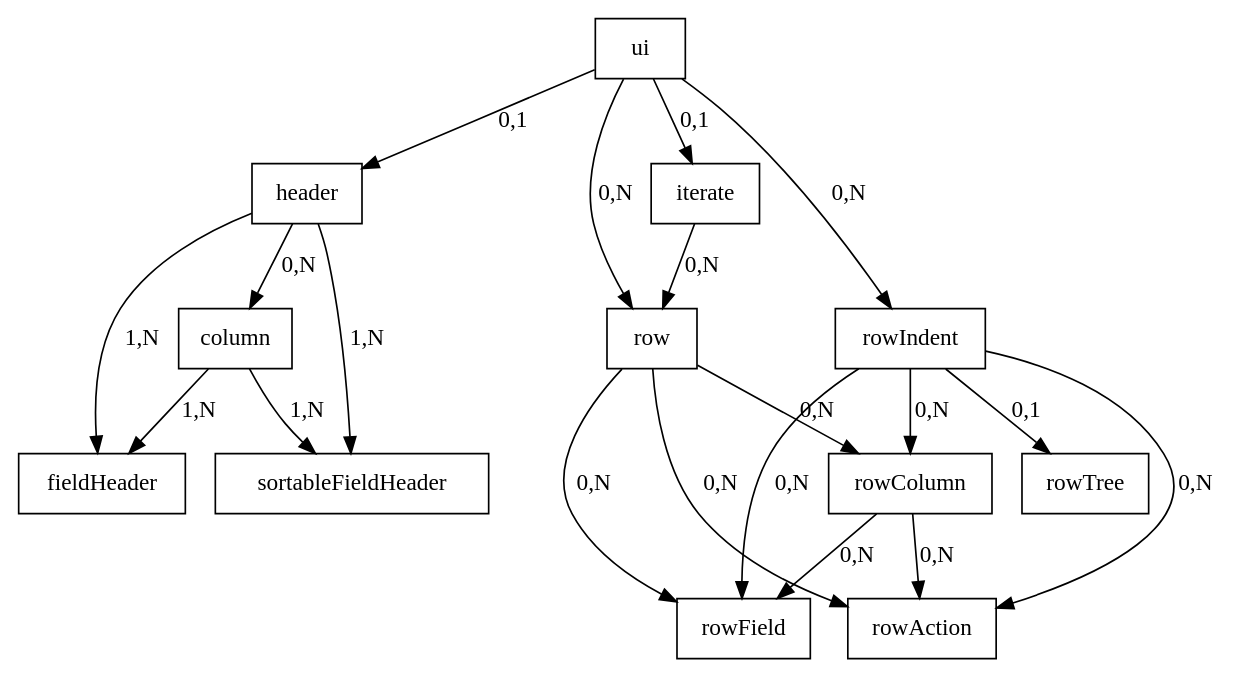
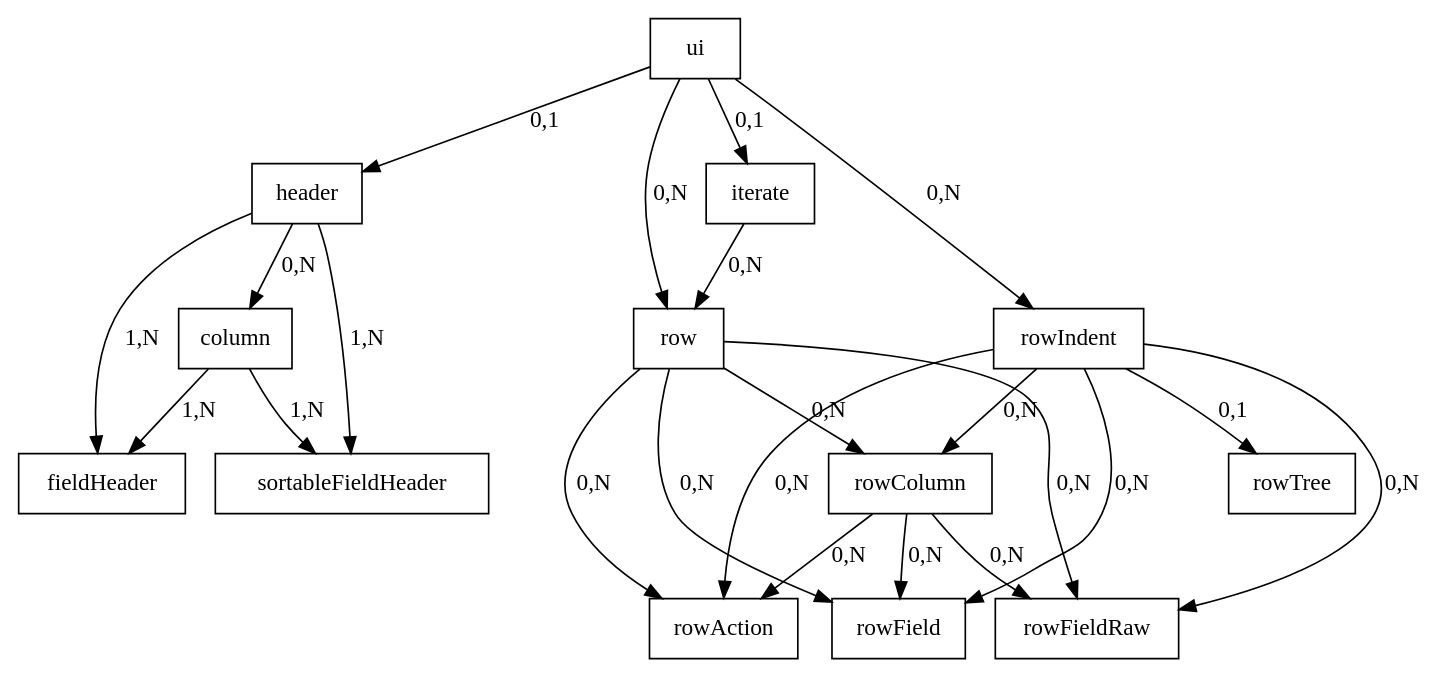
The diagram in asciidoc/doc/DSLs/filter-table-dsl-fr.adoc (Taack/taack-website-content), drawn with Graphviz before and after one commit. The commit also changed other lines of this file and 7 other files, not shown here.

```diff
--- a/asciidoc/doc/DSLs/filter-table-dsl-fr.adoc
+++ b/asciidoc/doc/DSLs/filter-table-dsl-fr.adoc
@@ -216,15 +216,15 @@
 [graphviz,format="svg",align=center]
 ----
 digraph mygraph {
   node [shape=box];
   ui
   ui -> header, iterate [label = "0,1"]
   iterate -> row [label = "0,N"]
   ui -> row,rowIndent [label = "0,N"]
   header -> column [label = "0,N"]
   column, header -> fieldHeader, sortableFieldHeader [label = "1,N"]
   row,rowIndent -> rowColumn [label = "0,N"]
-  rowColumn,row,rowIndent -> rowAction, rowField [label = "0,N"]
+  rowColumn,row,rowIndent -> rowAction, rowField, rowFieldRaw [label = "0,N"]
   rowIndent -> rowTree [label = "0,1"]
 }
 ----
```
